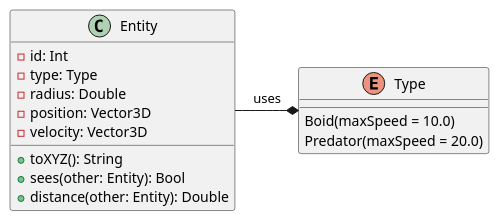
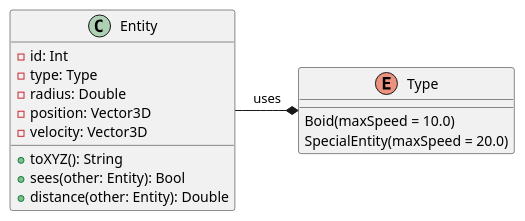
Before and after one commit to jporsay/boids: the diagram in docs/uml/entity.puml, drawn with PlantUML. The commit also changed 3 other files, not shown here.

Commit message:
Update uml

```diff
--- a/docs/uml/entity.puml
+++ b/docs/uml/entity.puml
@@ -1,21 +1,21 @@
 @startuml
 
 enum Type {
     Boid(maxSpeed = 10.0)
-    Predator(maxSpeed = 20.0)
+    SpecialEntity(maxSpeed = 20.0)
 }
 
 class Entity {
     - id: Int
     - type: Type
     - radius: Double
     - position: Vector3D
     - velocity: Vector3D
     + toXYZ(): String
     + sees(other: Entity): Bool
     + distance(other: Entity): Double
 }
 
 Type *-left- Entity: uses
 
 @enduml
```
